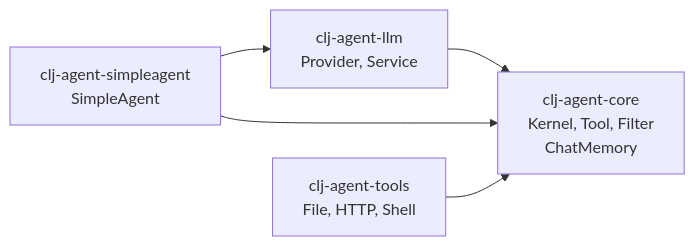
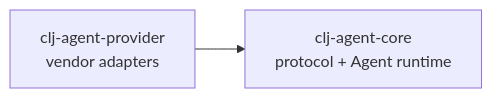
The second of 2 diagrams in README_EN.md (TTalkPro/clj-agent), drawn with Mermaid before and after one commit. The commit also changed other lines of this file and 12 other files, not shown here.

````diff
--- a/README_EN.md
+++ b/README_EN.md
@@ -62,12 +57,7 @@
 ```mermaid
 graph LR
-    core[clj-agent-core<br/>Kernel, Tool, Filter<br/>ChatMemory]
-    llm[clj-agent-llm<br/>Provider, Service]
-    sa[clj-agent-simpleagent<br/>SimpleAgent]
-    tools[clj-agent-tools<br/>File, HTTP, Shell]
+    provider[clj-agent-provider<br/>vendor adapters]
+    core[clj-agent-core<br/>protocol + Agent runtime]
 
-    llm --> core
-    sa --> core
-    sa --> llm
-    tools --> core
+    provider --> core
 ```
````
